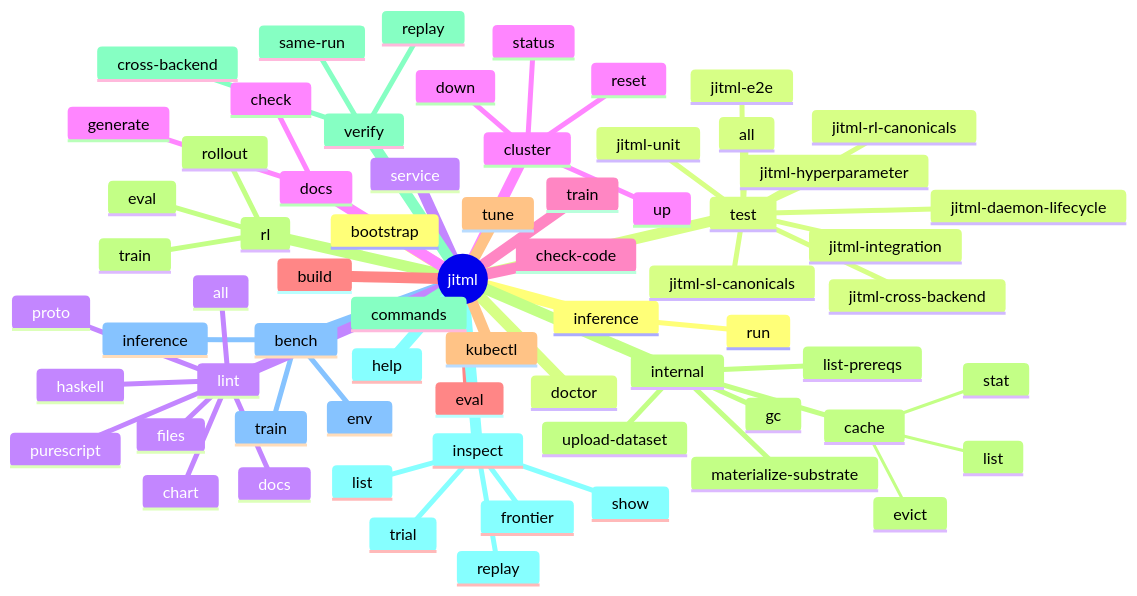
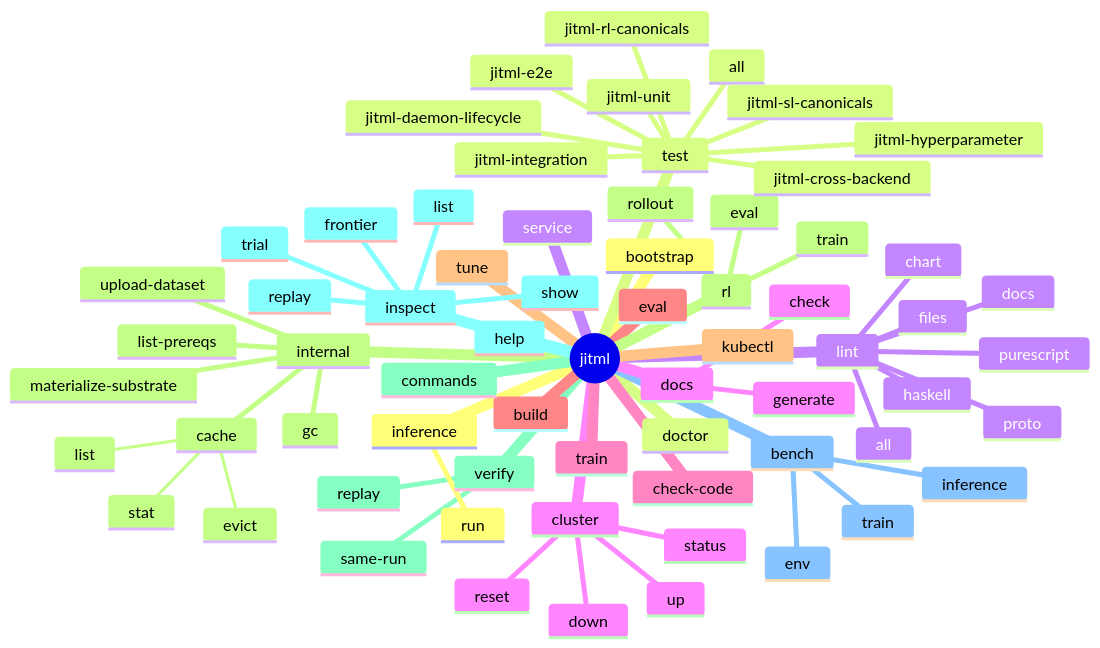
One commit to Tuee22/jitML changed the first of 4 diagrams in README.md. Above: the diagram before and after it, drawn with Mermaid. The commit also changed other lines of this file and 26 other files, not shown here.

````diff
--- a/README.md
+++ b/README.md
@@ -685,70 +685,69 @@
 ```mermaid
 mindmap
   root((jitml))
     bootstrap
     doctor
     service
     cluster
       up
       down
       status
       reset
     train
     eval
     tune
     rl
       train
       eval
       rollout
     verify
       same-run
-      cross-backend
       replay
     inspect
       list
       show
       replay
       trial
       frontier
     bench
       train
       inference
       env
     inference
       run
     test
       all
       jitml-unit
       jitml-integration
       jitml-sl-canonicals
       jitml-rl-canonicals
       jitml-hyperparameter
       jitml-cross-backend
       jitml-daemon-lifecycle
       jitml-e2e
     lint
       files
       docs
       proto
       chart
       haskell
       purescript
       all
     docs
       check
       generate
     check-code
     build
     kubectl
     internal
       materialize-substrate
       list-prereqs
       upload-dataset
       gc
       cache
         stat
         list
         evict
     commands
     help
 ```
````
